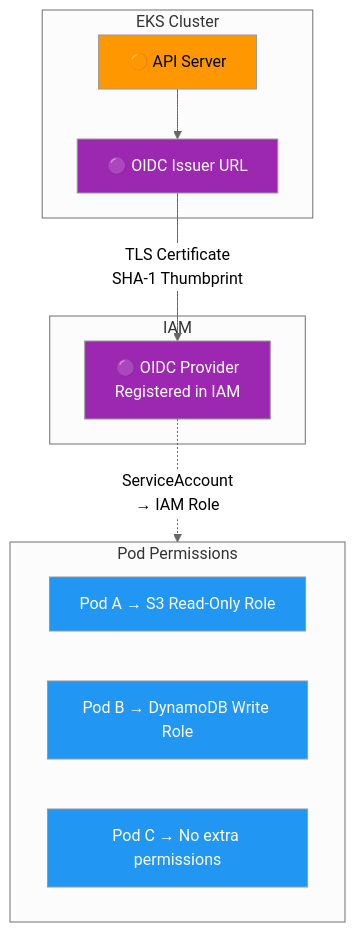
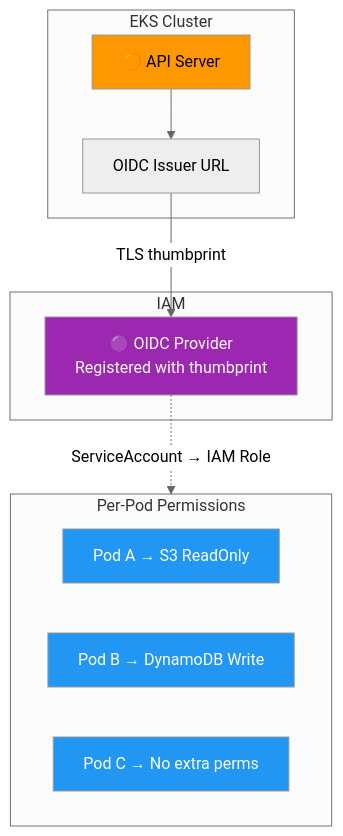
Before and after one commit to selvakumarperumal/EKS_k8s_custom_template_with_Terraform: diagram 14 of 20 in docs/architecture-build-steps.md, drawn with Mermaid (neutral theme). The commit also changed other lines of this file, not shown here.

Commit message:
docs: rewrite build steps with 30 elaborated steps including HCL code and architecture diagrams

````diff
--- a/docs/architecture-build-steps.md
+++ b/docs/architecture-build-steps.md
@@ -280,28 +763,27 @@
 ```mermaid
 graph TB
-    subgraph EKS_Cluster["EKS Cluster"]
+    subgraph EKS["EKS Cluster"]
         API["🟠 API Server"]
-        OIDC["🟣 OIDC Issuer URL"]
+        OIDC_URL["OIDC Issuer URL"]
     end
 
     subgraph IAM_Layer["IAM"]
-        OIDC_Provider["🟣 OIDC Provider\nRegistered in IAM"]
+        OIDC["🟣 OIDC Provider\nRegistered with thumbprint"]
     end
 
-    subgraph Pods["Pod Permissions"]
-        PodA["Pod A → S3 Read-Only Role"]
-        PodB["Pod B → DynamoDB Write Role"]
-        PodC["Pod C → No extra permissions"]
+    subgraph Pods["Per-Pod Permissions"]
+        PA["Pod A → S3 ReadOnly"]
+        PB["Pod B → DynamoDB Write"]
+        PC["Pod C → No extra perms"]
     end
 
-    API --> OIDC
-    OIDC -->|"TLS Certificate\nSHA-1 Thumbprint"| OIDC_Provider
-    OIDC_Provider -.->|"ServiceAccount\n→ IAM Role"| Pods
+    API --> OIDC_URL
+    OIDC_URL -->|"TLS thumbprint"| OIDC
+    OIDC -.->|"ServiceAccount → IAM Role"| Pods
 
     style API fill:#FF9800,color:#000
     style OIDC fill:#9C27B0,color:#fff
-    style OIDC_Provider fill:#9C27B0,color:#fff
-    style PodA fill:#2196F3,color:#fff
-    style PodB fill:#2196F3,color:#fff
-    style PodC fill:#2196F3,color:#fff
+    style PA fill:#2196F3,color:#fff
+    style PB fill:#2196F3,color:#fff
+    style PC fill:#2196F3,color:#fff
 ```
````
